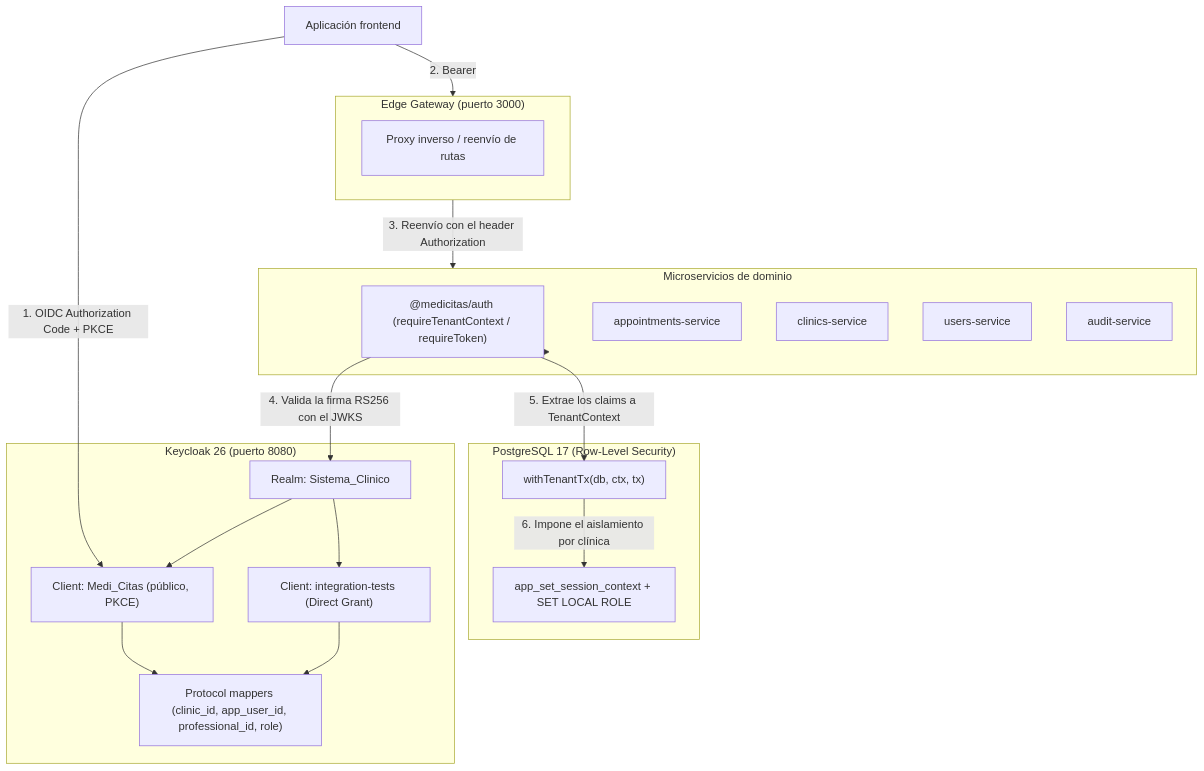
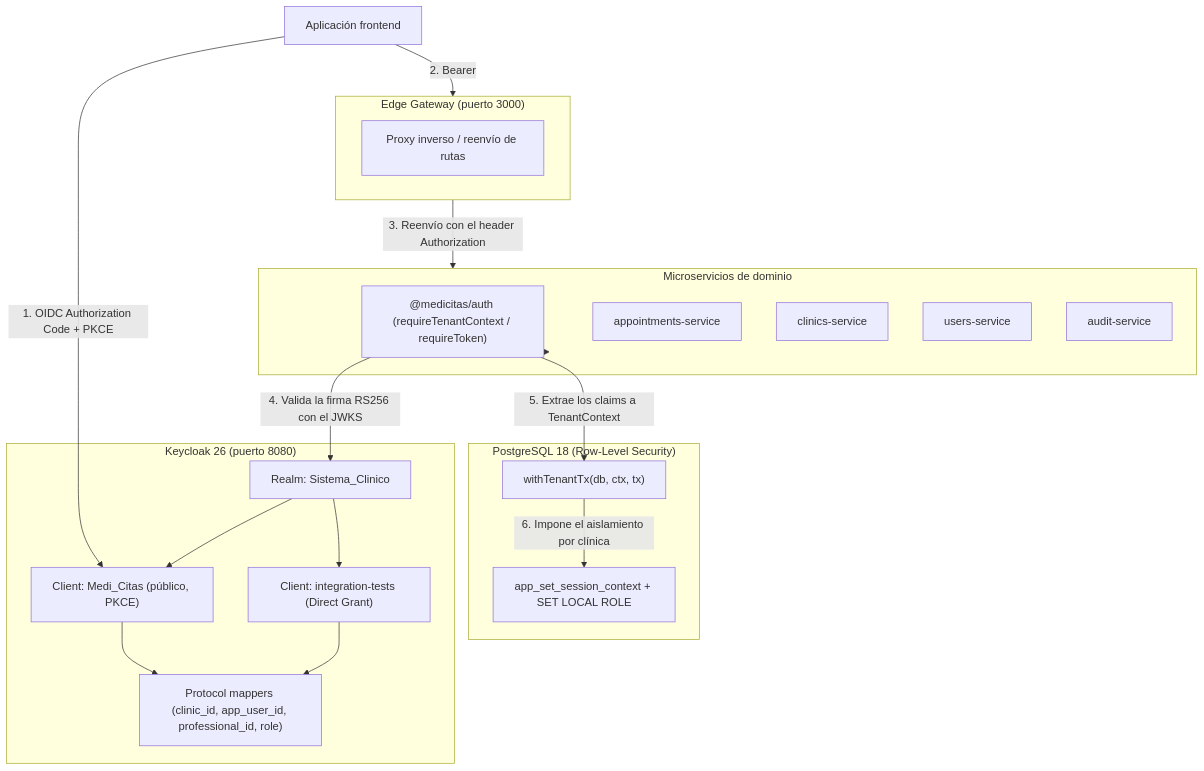
One commit to ErikZF/MediCitas changed the diagram in docs/keycloak.es.md. Above: the diagram before and after it, drawn with Mermaid. The commit also changed 11 other files, not shown here.

Commit message:
feat(services): use native uuidv7() in drizzle schemas, tests, and docs

````diff
--- a/docs/keycloak.es.md
+++ b/docs/keycloak.es.md
@@ -13,38 +13,38 @@
 ```mermaid
 flowchart TD
     subgraph IAM["Keycloak 26 (puerto 8080)"]
         Realm["Realm: Sistema_Clinico"]
         ClientPublic["Client: Medi_Citas (público, PKCE)"]
         ClientTest["Client: integration-tests (Direct Grant)"]
         Mappers["Protocol mappers (clinic_id, app_user_id, professional_id, role)"]
         Realm --> ClientPublic
         Realm --> ClientTest
         ClientPublic --> Mappers
         ClientTest --> Mappers
     end
 
     subgraph Gateway["Edge Gateway (puerto 3000)"]
         Proxy["Proxy inverso / reenvío de rutas"]
     end
 
     subgraph Services["Microservicios de dominio"]
         AuthMiddleware["@medicitas/auth (requireTenantContext / requireToken)"]
         ApptSvc["appointments-service"]
         ClinicsSvc["clinics-service"]
         UsersSvc["users-service"]
         AuditSvc["audit-service"]
     end
 
-    subgraph Data["PostgreSQL 17 (Row-Level Security)"]
+    subgraph Data["PostgreSQL 18 (Row-Level Security)"]
         TenantTx["withTenantTx(db, ctx, tx)"]
         RLS["app_set_session_context + SET LOCAL ROLE"]
     end
 
     Frontend["Aplicación frontend"] -->|"1. OIDC Authorization Code + PKCE"| ClientPublic
     Frontend -->|"2. Bearer <access token JWT>"| Gateway
     Gateway -->|"3. Reenvío con el header Authorization"| Services
     Services --> AuthMiddleware
     AuthMiddleware -->|"4. Valida la firma RS256 con el JWKS"| Realm
     AuthMiddleware -->|"5. Extrae los claims a TenantContext"| TenantTx
     TenantTx -->|"6. Impone el aislamiento por clínica"| RLS
 ```
````
